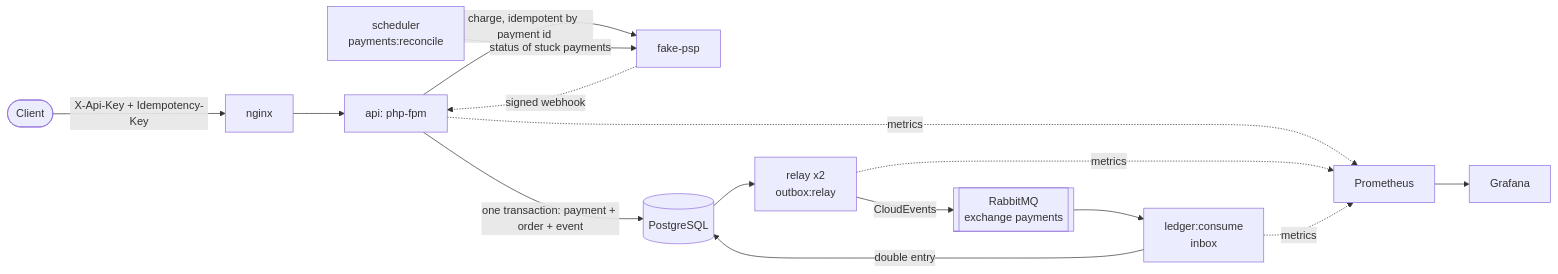
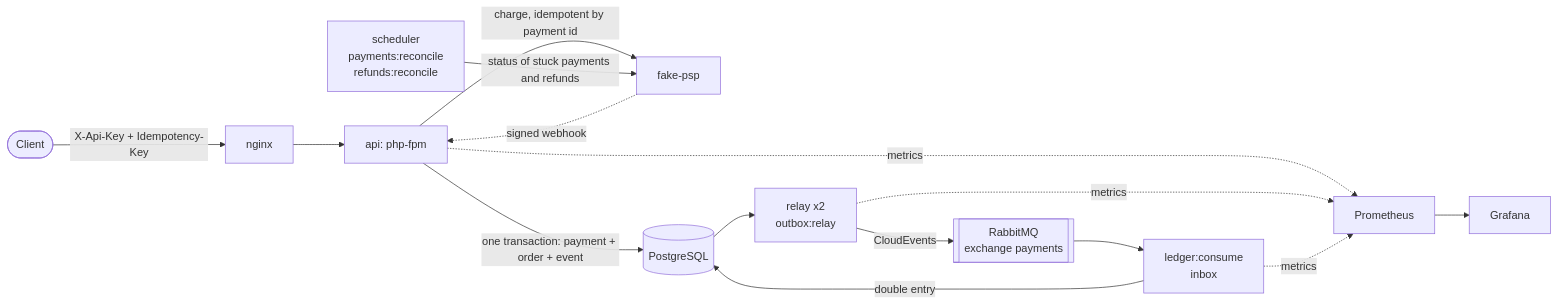
Before and after one commit to azhimov/payments-outbox: the first of 2 diagrams in README.md, drawn with Mermaid. The commit also changed other lines of this file and 20 other files, not shown here.

First line of the commit message:
feat: reconcile refunds left processing after an unclear PSP answer

````diff
--- a/README.md
+++ b/README.md
@@ -19,13 +19,13 @@
 ```mermaid
 flowchart LR
     client([Client]) -->|X-Api-Key + Idempotency-Key| web[nginx] --> api[api: php-fpm]
     api -->|charge, idempotent by payment id| psp[fake-psp]
     psp -.->|signed webhook| api
     api -->|one transaction: payment + order + event| pg[(PostgreSQL)]
     pg --> relay[relay x2<br/>outbox:relay]
     relay -->|CloudEvents| mq[[RabbitMQ<br/>exchange payments]]
     mq --> ledger[ledger:consume<br/>inbox]
     ledger -->|double entry| pg
-    sched[scheduler<br/>payments:reconcile] -->|status of stuck payments| psp
+    sched[scheduler<br/>payments:reconcile<br/>refunds:reconcile] -->|status of stuck payments and refunds| psp
     api & relay & ledger -.->|metrics| prom[Prometheus] --> graf[Grafana]
 ```
````
